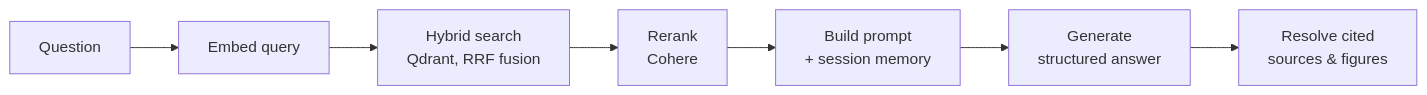
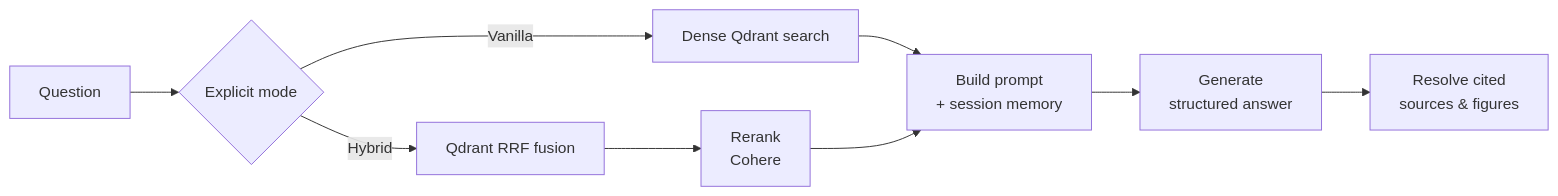
Before and after one commit to pdemeulenaer/rag-demo: the diagram in docs/architecture/rag-pipeline.md, drawn with Mermaid. The commit also changed other lines of this file and 18 other files, not shown here.

````diff
--- a/docs/architecture/rag-pipeline.md
+++ b/docs/architecture/rag-pipeline.md
@@ -7,9 +20,11 @@
 ```mermaid
 flowchart LR
-    Q[Question] --> E[Embed query]
-    E --> H[Hybrid search<br/>Qdrant, RRF fusion]
+    Q[Question] --> M{Explicit mode}
+    M -->|Vanilla| D[Dense Qdrant search]
+    M -->|Hybrid| H[Qdrant RRF fusion]
     H --> R[Rerank<br/>Cohere]
-    R --> P[Build prompt<br/>+ session memory]
+    D --> P[Build prompt<br/>+ session memory]
+    R --> P
     P --> G[Generate<br/>structured answer]
     G --> S[Resolve cited<br/>sources & figures]
 ```
````
